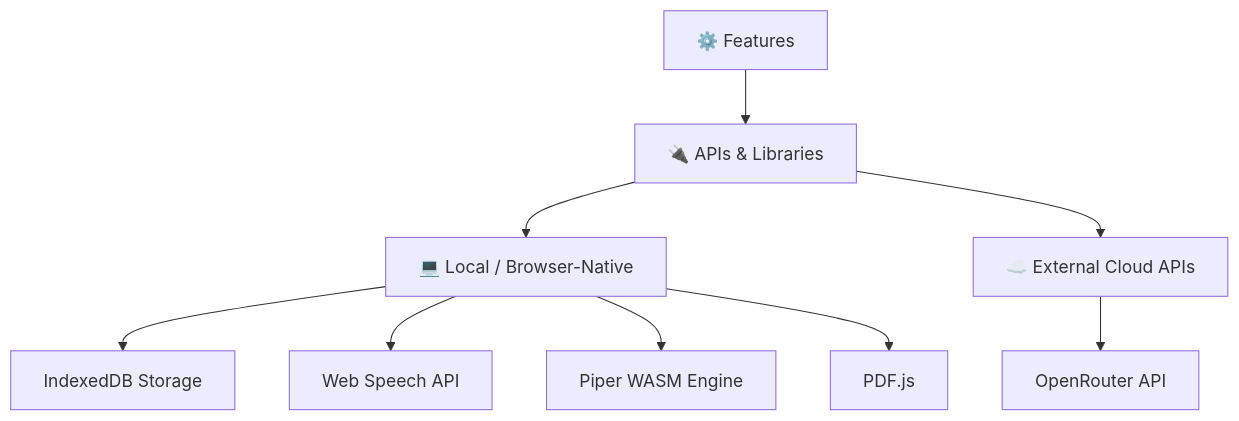
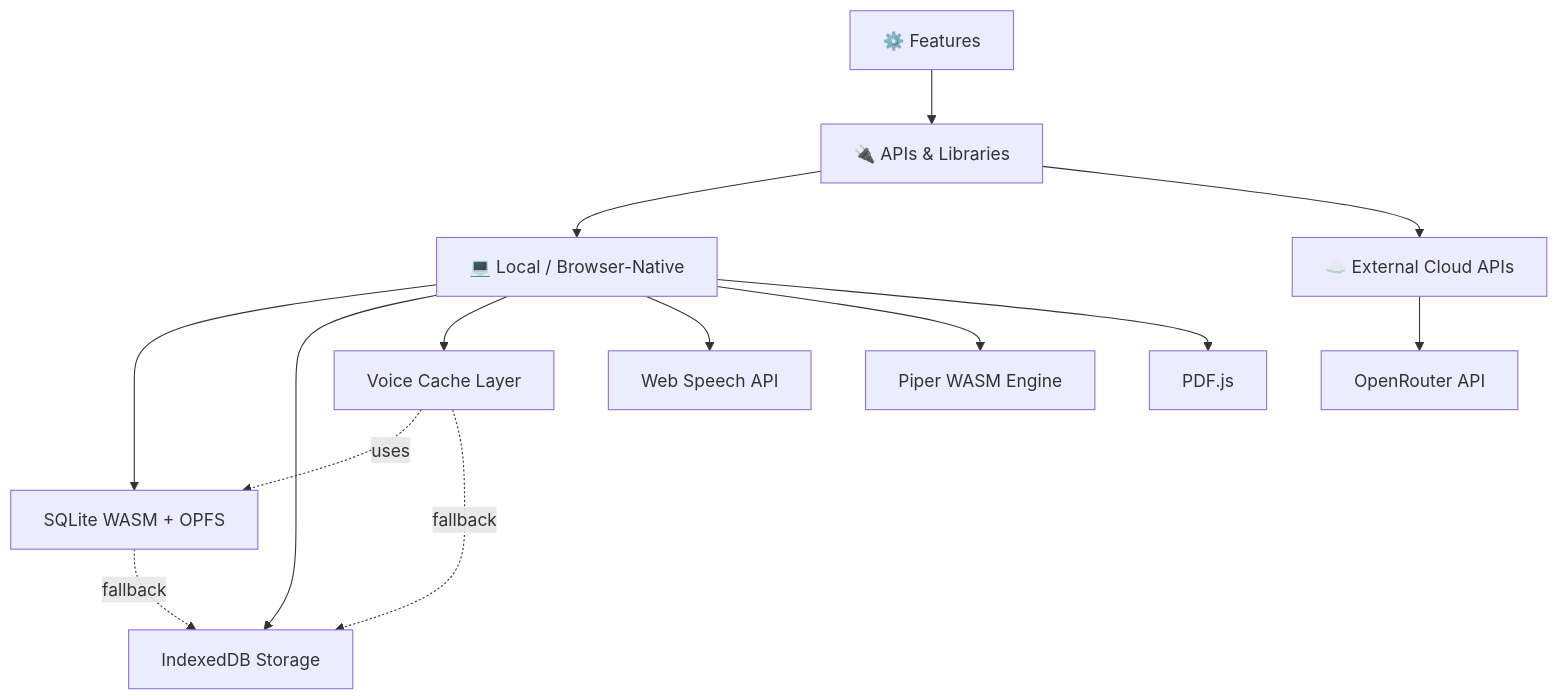
One commit to himanshusingh1212/doclens-ai changed the diagram in documentation/APIs/MOC — APIs.md. Above: the diagram before and after it, drawn with Mermaid. The commit also changed other lines of this file and 21 other files, not shown here.

Commit message:
docs: comprehensive documentation update reflecting storage migration, SSE streaming, voice cache, and UI reorganization

````diff
--- a/documentation/APIs/MOC — APIs.md
+++ b/documentation/APIs/MOC — APIs.md
@@ -21,13 +23,19 @@
 ```mermaid
 graph TD
     Features[⚙️ Features] --> APIs[🔌 APIs & Libraries]
     APIs --> Local[💻 Local / Browser-Native]
     APIs --> Cloud[☁️ External Cloud APIs]
 
+    Local --> SQLite[SQLite WASM + OPFS]
     Local --> IDB[IndexedDB Storage]
+    Local --> VoiceCache[Voice Cache Layer]
     Local --> WS[Web Speech API]
     Local --> Piper[Piper WASM Engine]
     Local --> PDFJS[PDF.js]
 
     Cloud --> OR[OpenRouter API]
+
+    SQLite -.->|fallback| IDB
+    VoiceCache -.->|uses| SQLite
+    VoiceCache -.->|fallback| IDB
 ```
````
